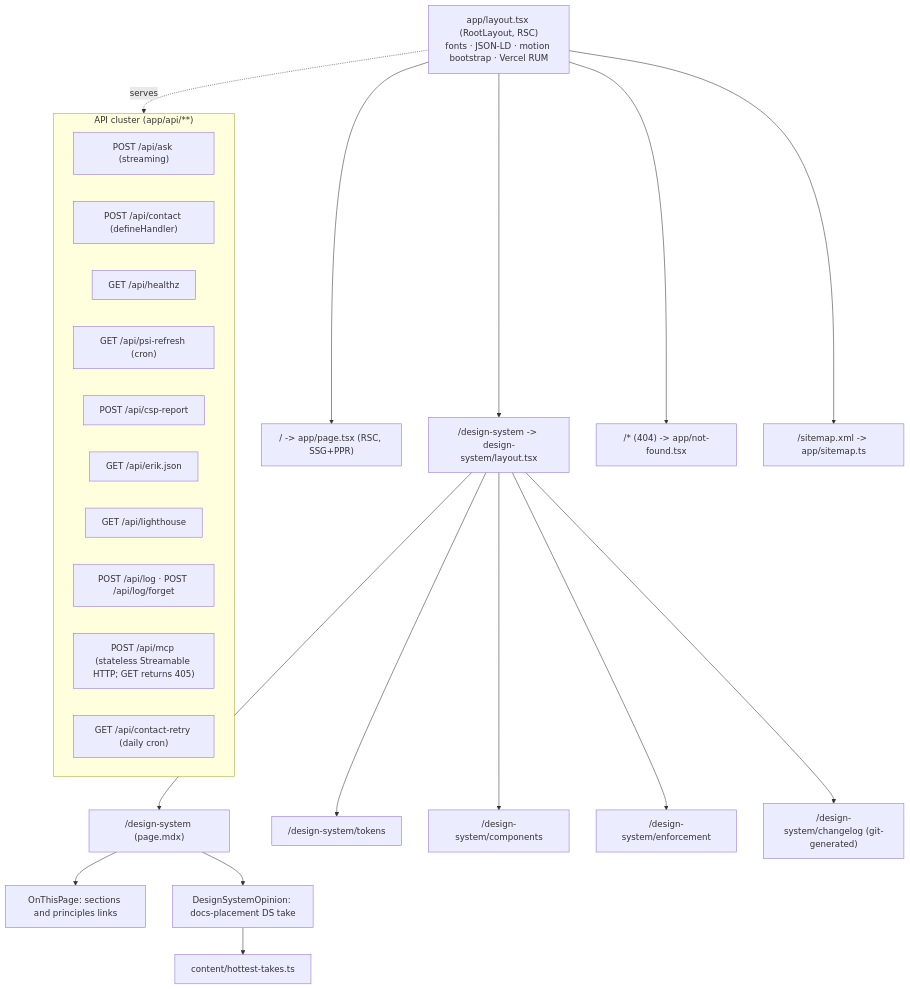
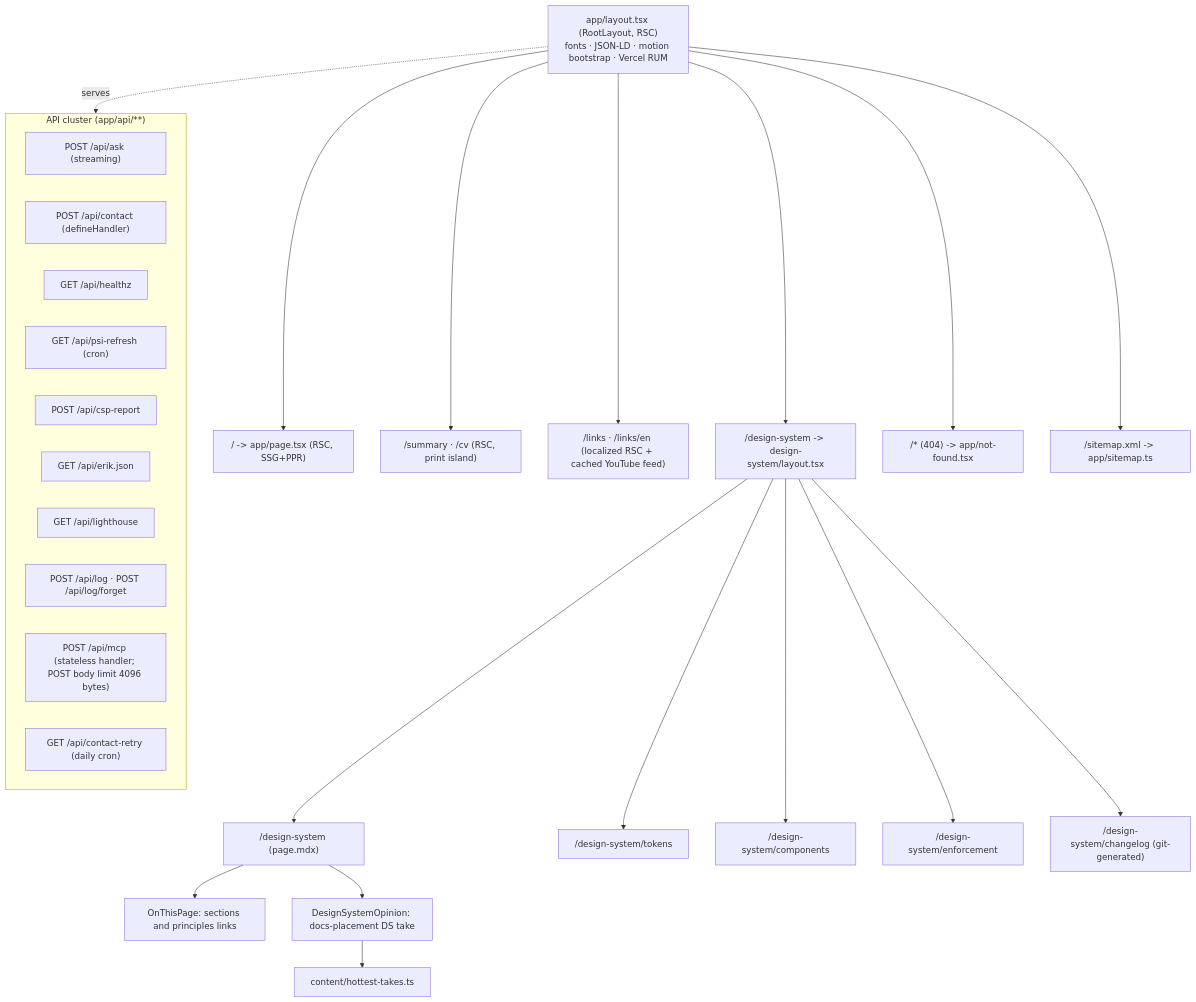
The first of 6 diagrams in docs/03-rendering-and-data-flow.md (erikunha/portfolio), drawn with Mermaid before and after one commit. The commit also changed other lines of this file and 30 other files, not shown here.

First line of the commit message:
docs(terminal-redesign): sync docs and diagrams with the redesign; review only on request (#291)

````diff
--- a/docs/03-rendering-and-data-flow.md
+++ b/docs/03-rendering-and-data-flow.md
@@ -7,29 +7,31 @@
 ```mermaid
 flowchart TD
     layout["app/layout.tsx (RootLayout, RSC)<br/>fonts · JSON-LD · motion bootstrap · Vercel RUM"]
     layout --> home["/ -> app/page.tsx (RSC, SSG+PPR)"]
+    layout --> reading["/summary · /cv (RSC, print island)"]
+    layout --> links["/links · /links/en (localized RSC + cached YouTube feed)"]
     layout --> ds["/design-system -> design-system/layout.tsx"]
     layout --> nf["/* (404) -> app/not-found.tsx"]
     layout --> sm["/sitemap.xml -> app/sitemap.ts"]
     ds --> ds1["/design-system (page.mdx)"]
     ds1 --> toc["OnThisPage: sections and principles links"]
     ds1 --> opinion["DesignSystemOpinion: docs-placement DS take"]
     opinion --> takes["content/hottest-takes.ts"]
     ds --> ds2["/design-system/tokens"]
     ds --> ds3["/design-system/components"]
     ds --> ds4["/design-system/enforcement"]
     ds --> ds5["/design-system/changelog (git-generated)"]
     subgraph api["API cluster (app/api/**)"]
       api1["POST /api/ask (streaming)"]
       api2["POST /api/contact (defineHandler)"]
       api3["GET /api/healthz"]
       api4["GET /api/psi-refresh (cron)"]
       api5["POST /api/csp-report"]
       api6["GET /api/erik.json"]
       api7["GET /api/lighthouse"]
       api8["POST /api/log · POST /api/log/forget"]
-      api9["POST /api/mcp (stateless Streamable HTTP; GET returns 405)"]
+      api9["POST /api/mcp (stateless handler; POST body limit 4096 bytes)"]
       api10["GET /api/contact-retry (daily cron)"]
     end
     layout -.serves.-> api
 ```
````
